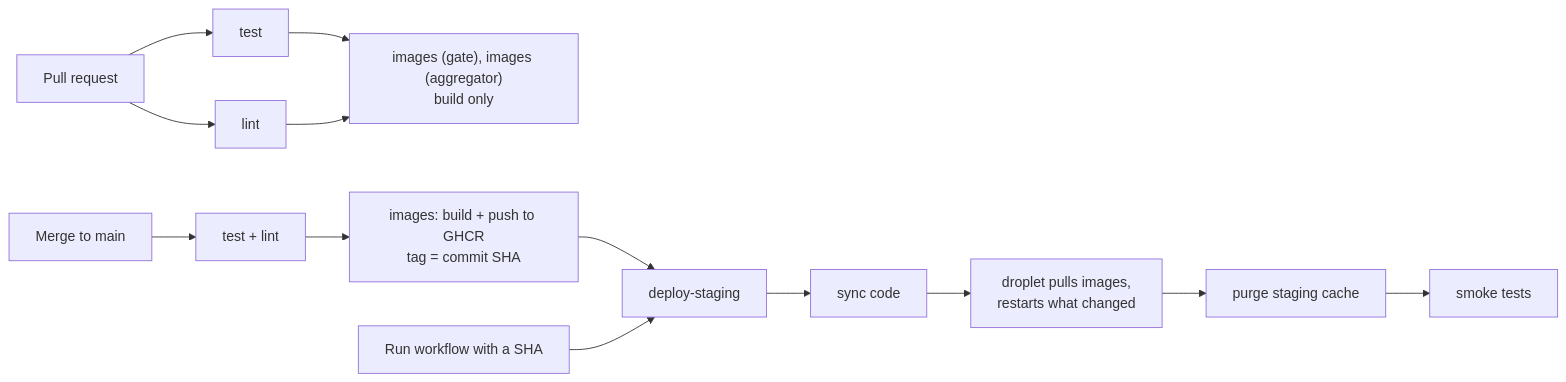
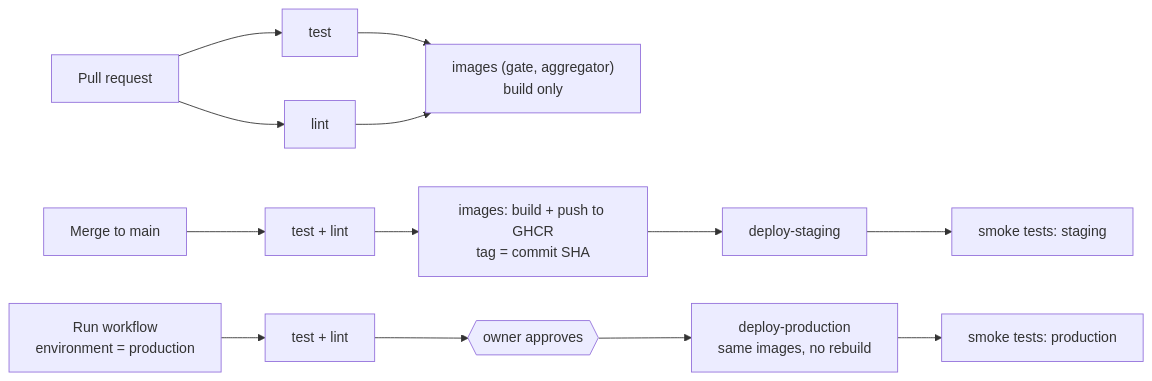
The diagram in docs/ci-cd.md (bsantoshraj/indiantaxpayervoice.org), drawn with Mermaid before and after one commit. The commit also changed other lines of this file and 2 other files, not shown here.

First line of the commit message:
docs: CI/CD guide for staging and production; survey opened

````diff
--- a/docs/ci-cd.md
+++ b/docs/ci-cd.md
@@ -7,12 +10,9 @@
 ```mermaid
 flowchart LR
-  PR[Pull request] --> T[test]
-  PR --> L[lint]
-  T --> I["images (gate), images (aggregator)<br/>build only"]
-  L --> I
-  M[Merge to main] --> T2[test + lint]
-  T2 --> I2[images: build + push to GHCR<br/>tag = commit SHA]
-  I2 --> D[deploy-staging]
-  D --> S1[sync code] --> S2[droplet pulls images,<br/>restarts what changed] --> S3[purge staging cache] --> S4[smoke tests]
-  R[Run workflow with a SHA] --> D
+  PR[Pull request] --> T[test] & L[lint]
+  T & L --> I["images (gate, aggregator)<br/>build only"]
+  M[Merge to main] --> T2[test + lint] --> I2["images: build + push to GHCR<br/>tag = commit SHA"]
+  I2 --> DS[deploy-staging] --> SS[smoke tests: staging]
+  R["Run workflow<br/>environment = production"] --> T3[test + lint] --> AP{{owner approves}}
+  AP --> DP["deploy-production<br/>same images, no rebuild"] --> SP[smoke tests: production]
 ```
````
